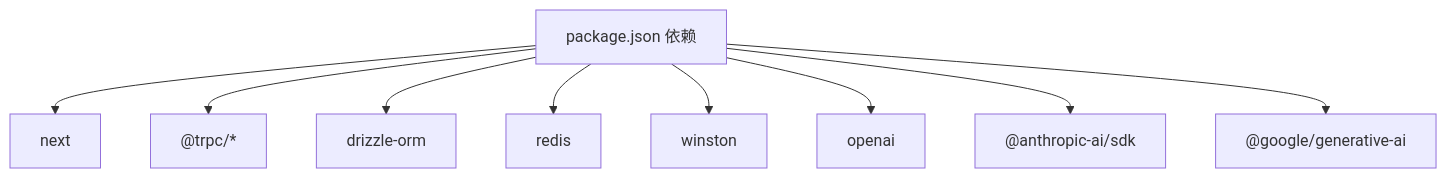
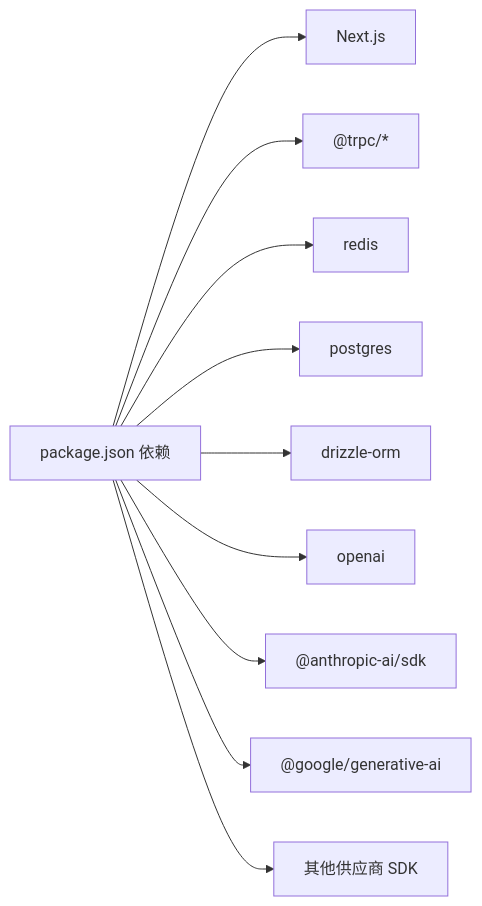
Before and after one commit to RadiumAg/AIGate: the sixth of 6 diagrams in .qoder/repowiki/zh/content/项目概述.md, drawn with Mermaid. The commit also changed other lines of this file and 141 other files, not shown here.

````diff
--- a/.qoder/repowiki/zh/content/项目概述.md
+++ b/.qoder/repowiki/zh/content/项目概述.md
@@ -363,11 +285,12 @@
 ```mermaid
-graph TB
-Pkg["package.json 依赖"] --> Next["next"]
-Pkg --> TRPC["@trpc/*"]
-Pkg --> Drizzle["drizzle-orm"]
-Pkg --> RedisDep["redis"]
-Pkg --> Winston["winston"]
-Pkg --> OpenAI["openai"]
-Pkg --> Anthropic["@anthropic-ai/sdk"]
-Pkg --> Google["@google/generative-ai"]
+graph LR
+PKG["package.json 依赖"] --> NEXT["Next.js"]
+PKG --> TRPC["@trpc/*"]
+PKG --> REDIS["redis"]
+PKG --> PG["postgres"]
+PKG --> DRIZ["drizzle-orm"]
+PKG --> OPENAI["openai"]
+PKG --> ANTH["@anthropic-ai/sdk"]
+PKG --> GOOGLE["@google/generative-ai"]
+PKG --> OTHER["其他供应商 SDK"]
 ```
````
